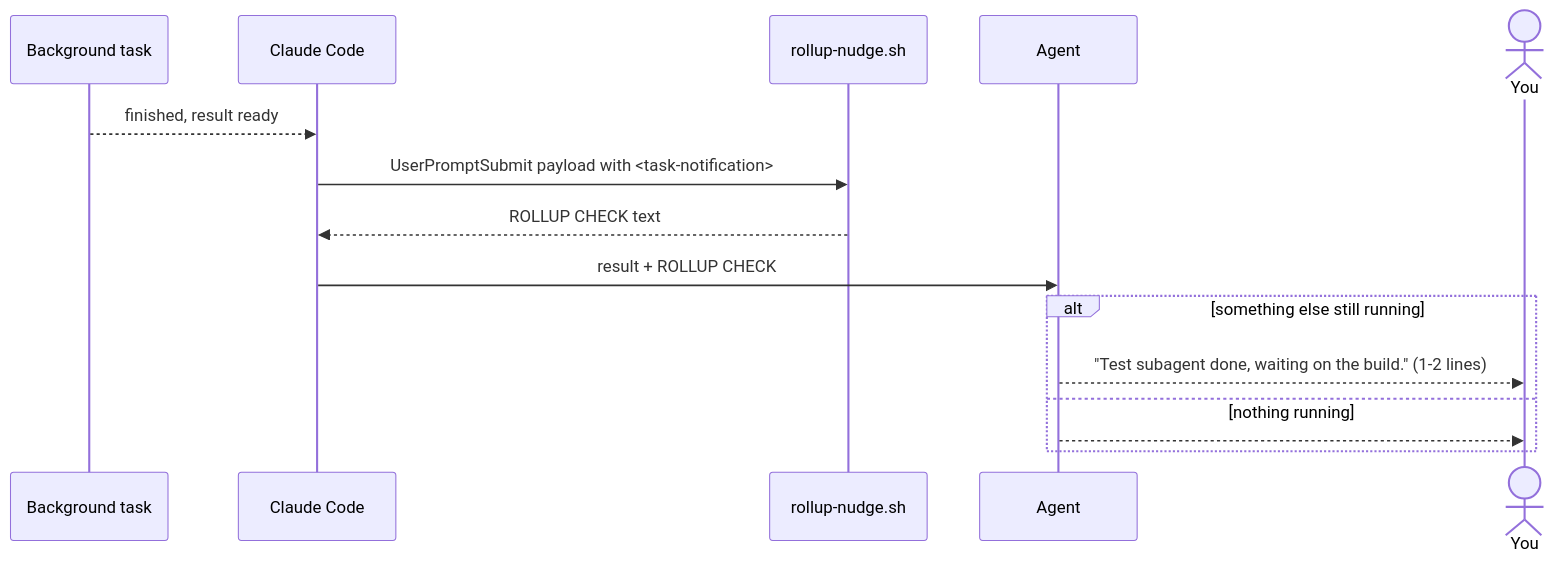
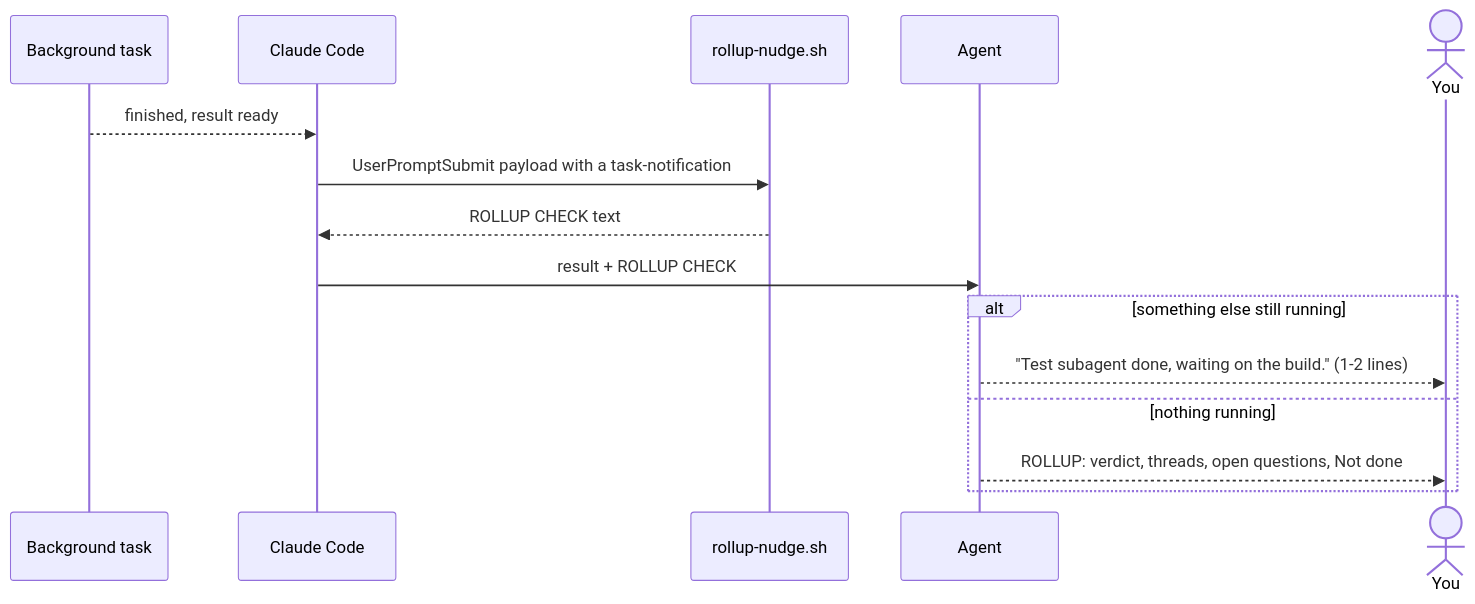
Before and after one commit to luutuankiet/sample-claude-rollup-setup: the third of 4 diagrams in docs/how-it-works.md, drawn with Mermaid. The commit also changed other lines of this file and 1 other file, not shown here.

Commit message:
Diagrams: drop entity codes and a leading # that GitHub's renderer swallows

````diff
--- a/docs/how-it-works.md
+++ b/docs/how-it-works.md
@@ -99,17 +99,17 @@
 ```mermaid
 sequenceDiagram
   participant BG as Background task
   participant CC as Claude Code
   participant N as rollup-nudge.sh
   participant A as Agent
   actor U as You
   BG-->>CC: finished, result ready
-  CC->>N: UserPromptSubmit payload with #lt;task-notification#gt;
+  CC->>N: UserPromptSubmit payload with a task-notification
   N-->>CC: ROLLUP CHECK text
   CC->>A: result + ROLLUP CHECK
   alt something else still running
     A-->>U: "Test subagent done, waiting on the build." (1-2 lines)
   else nothing running
-    A-->>U: # Rollup: verdict, threads, open questions, Not done
+    A-->>U: ROLLUP: verdict, threads, open questions, Not done
   end
 ```
````
